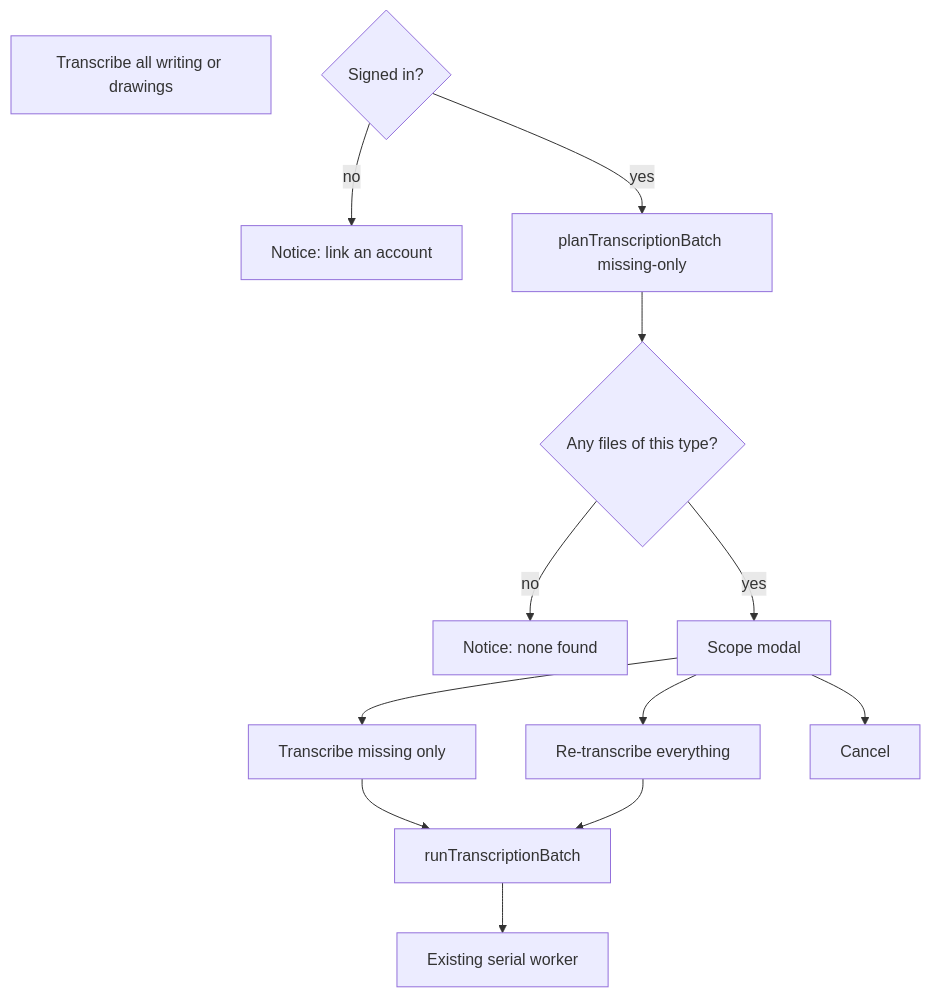
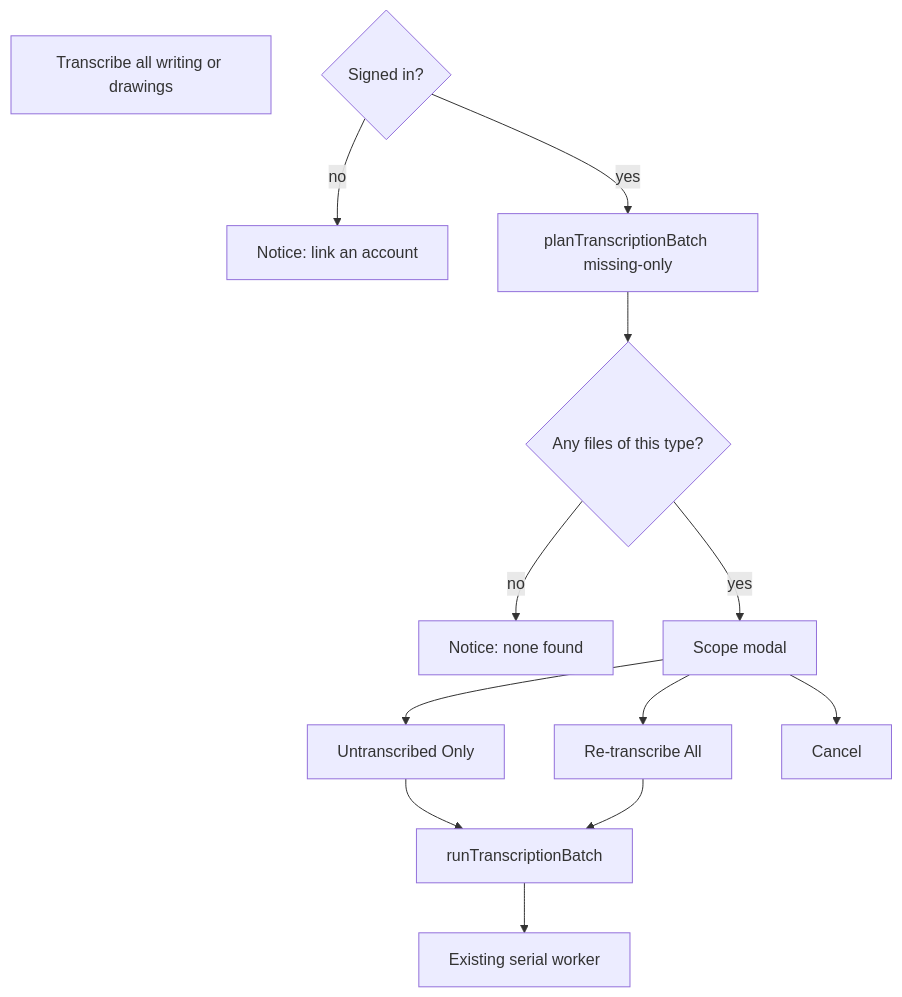
The seventh of 12 diagrams in docs/writing-transcription.md (daledesilva/obsidian_ink), drawn with Mermaid before and after one commit. The commit also changed other lines of this file and 5 other files, not shown here.

First line of the commit message:
updated: Renamed the batch scope actions and dropped the credits paragraph so the modal only asked which files to send. Titled the writing and drawing modals by file type, and put Cancel on the left of the same row as the two primary actions, because “all” is a choice rather than the title.

````diff
--- a/docs/writing-transcription.md
+++ b/docs/writing-transcription.md
@@ -300,17 +300,17 @@
 ```mermaid
 flowchart TD
   click[Transcribe all writing or drawings]
   signed{Signed in?}
   click --> signed
   signed -->|no| notice[Notice: link an account]
   signed -->|yes| count[planTranscriptionBatch missing-only]
   count --> empty{Any files of this type?}
   empty -->|no| none[Notice: none found]
   empty -->|yes| modal[Scope modal]
-  modal --> missing[Transcribe missing only]
-  modal --> all[Re-transcribe everything]
+  modal --> missing[Untranscribed Only]
+  modal --> all[Re-transcribe All]
   modal --> cancel[Cancel]
   missing --> queue[runTranscriptionBatch]
   all --> queue
   queue --> worker[Existing serial worker]
 ```
````
